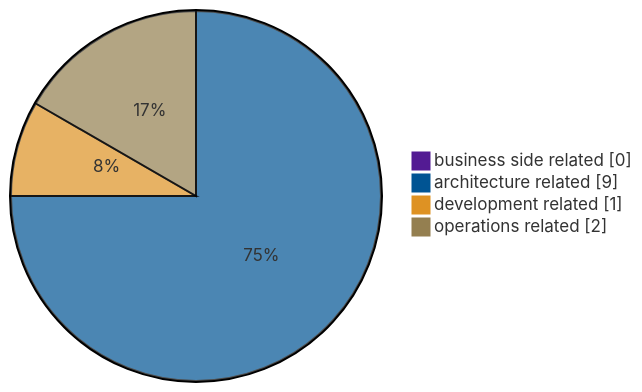
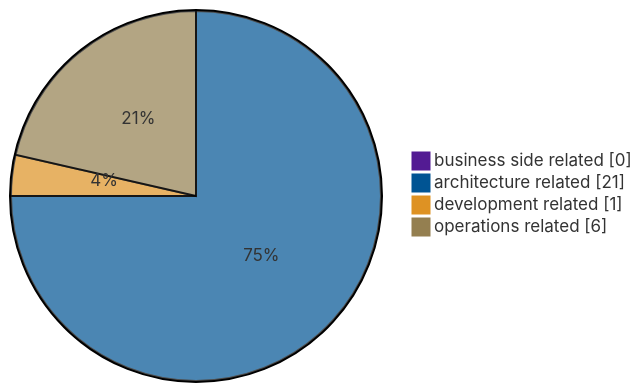
The second of 2 diagrams in threagile/output/linddun/adocReport/030_RiskMitigationStatus.adoc (Luv1881/Threat-model), drawn with Mermaid before and after one commit. The commit also changed other lines of this file and 312 other files, not shown here.

```diff
--- a/threagile/output/linddun/adocReport/030_RiskMitigationStatus.adoc
+++ b/threagile/output/linddun/adocReport/030_RiskMitigationStatus.adoc
@@ -87,9 +87,9 @@
 [mermaid]
 ....
 %%{init: {'pie' : {'textPosition' : 0.5}, 'theme': 'base', 'themeVariables': { 'pie1': '#531B93', 'pie2': '#005493', 'pie3': '#DE9223', 'pie4': '#947F50'}}}%%
 pie showData
   "business side related" : 0
-  "architecture related" : 9
+  "architecture related" : 21
   "development related" : 1
-  "operations related" : 2
+  "operations related" : 6
 ....
```
